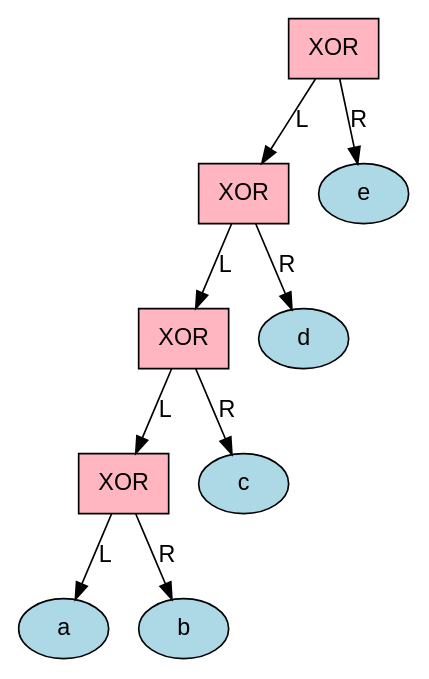
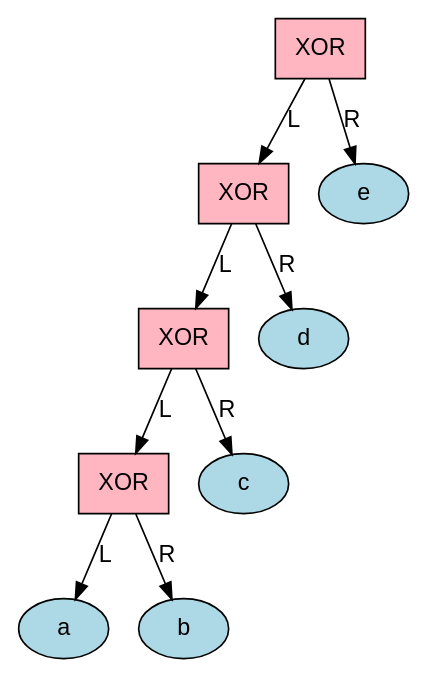
The diagram in test_expressions/reordered/xor_chain_expression_tree.dot (Alan-Jowett/bdd_test), drawn with Graphviz before and after one commit. The commit also changed 104 other files, not shown here.

```diff
--- a/test_expressions/reordered/xor_chain_expression_tree.dot
+++ b/test_expressions/reordered/xor_chain_expression_tree.dot
@@ -1,24 +1,24 @@
 digraph ExpressionTree {
     rankdir=TB;
     node [fontname="Arial"];
     edge [fontname="Arial"];
 
-    node0 [label = "XOR", shape=box, style = filled, fillcolor = lightpink];
-    node1 [label = "XOR", shape=box, style = filled, fillcolor = lightpink];
+    node0 [label = "a", shape=ellipse, style = filled, fillcolor = lightblue];
+    node1 [label = "b", shape=ellipse, style = filled, fillcolor = lightblue];
     node2 [label = "XOR", shape=box, style = filled, fillcolor = lightpink];
-    node3 [label = "XOR", shape=box, style = filled, fillcolor = lightpink];
-    node4 [label = "a", shape=ellipse, style = filled, fillcolor = lightblue];
-    node5 [label = "b", shape=ellipse, style = filled, fillcolor = lightblue];
-    node6 [label = "c", shape=ellipse, style = filled, fillcolor = lightblue];
-    node7 [label = "d", shape=ellipse, style = filled, fillcolor = lightblue];
-    node8 [label = "e", shape=ellipse, style = filled, fillcolor = lightblue];
+    node3 [label = "c", shape=ellipse, style = filled, fillcolor = lightblue];
+    node4 [label = "XOR", shape=box, style = filled, fillcolor = lightpink];
+    node5 [label = "d", shape=ellipse, style = filled, fillcolor = lightblue];
+    node6 [label = "XOR", shape=box, style = filled, fillcolor = lightpink];
+    node7 [label = "e", shape=ellipse, style = filled, fillcolor = lightblue];
+    node8 [label = "XOR", shape=box, style = filled, fillcolor = lightpink];
 
-    node0 -> node1 [label = "L"];
-    node1 -> node2 [label = "L"];
-    node2 -> node3 [label = "L"];
-    node3 -> node4 [label = "L"];
-    node3 -> node5 [label = "R"];
-    node2 -> node6 [label = "R"];
-    node1 -> node7 [label = "R"];
-    node0 -> node8 [label = "R"];
+    node8 -> node6 [label = "L"];
+    node6 -> node4 [label = "L"];
+    node4 -> node2 [label = "L"];
+    node2 -> node0 [label = "L"];
+    node2 -> node1 [label = "R"];
+    node4 -> node3 [label = "R"];
+    node6 -> node5 [label = "R"];
+    node8 -> node7 [label = "R"];
 }
```
